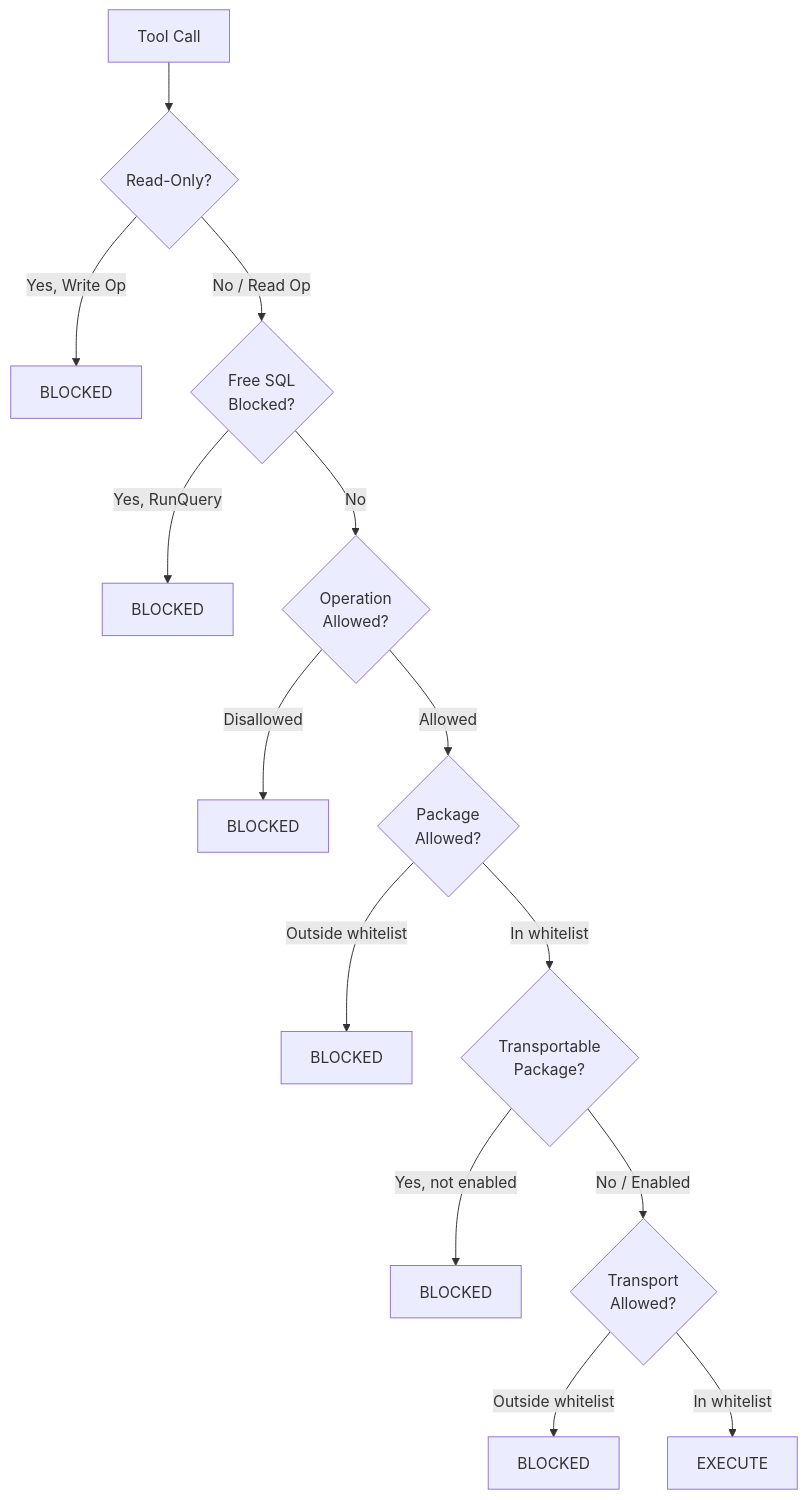
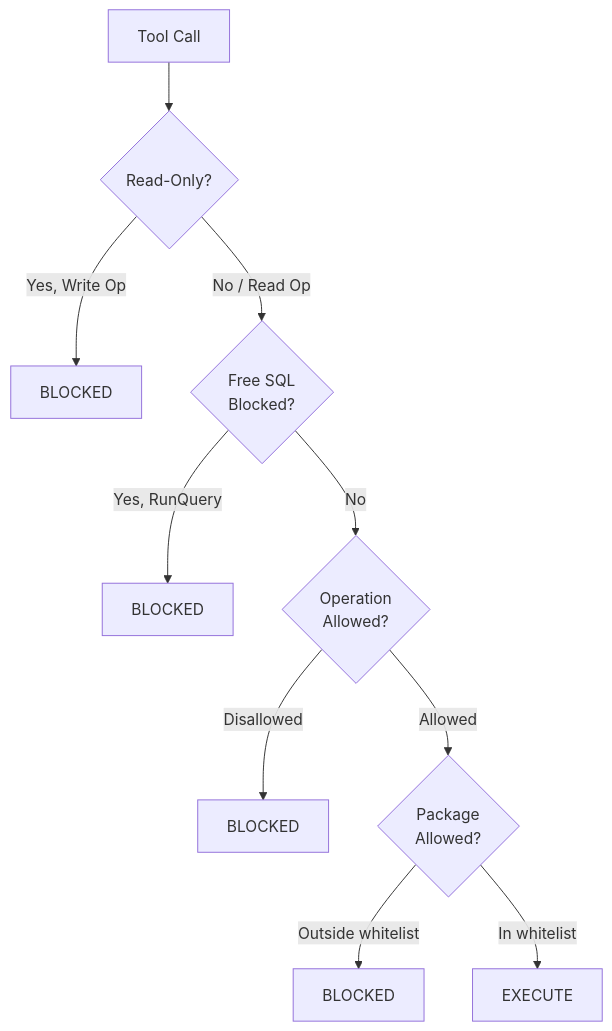
The seventh of 7 diagrams in docs/architecture.md (marianfoo/arc-1), drawn with Mermaid before and after one commit. The commit also changed other lines of this file and 26 other files, not shown here.

````diff
--- a/docs/architecture.md
+++ b/docs/architecture.md
@@ -419,22 +280,16 @@
 ```mermaid
 flowchart TD
     Request[Tool Call] --> RO{Read-Only?}
 
     RO -->|Yes, Write Op| Block1[BLOCKED]
     RO -->|No / Read Op| SQL{Free SQL<br/>Blocked?}
 
     SQL -->|Yes, RunQuery| Block2[BLOCKED]
     SQL -->|No| Ops{Operation<br/>Allowed?}
 
     Ops -->|Disallowed| Block3[BLOCKED]
     Ops -->|Allowed| Pkg{Package<br/>Allowed?}
 
     Pkg -->|Outside whitelist| Block4[BLOCKED]
-    Pkg -->|In whitelist| TE{Transportable<br/>Package?}
-
-    TE -->|Yes, not enabled| Block5[BLOCKED]
-    TE -->|No / Enabled| TR{Transport<br/>Allowed?}
-
-    TR -->|Outside whitelist| Block6[BLOCKED]
-    TR -->|In whitelist| OK[EXECUTE]
+    Pkg -->|In whitelist| OK[EXECUTE]
 ```
````
